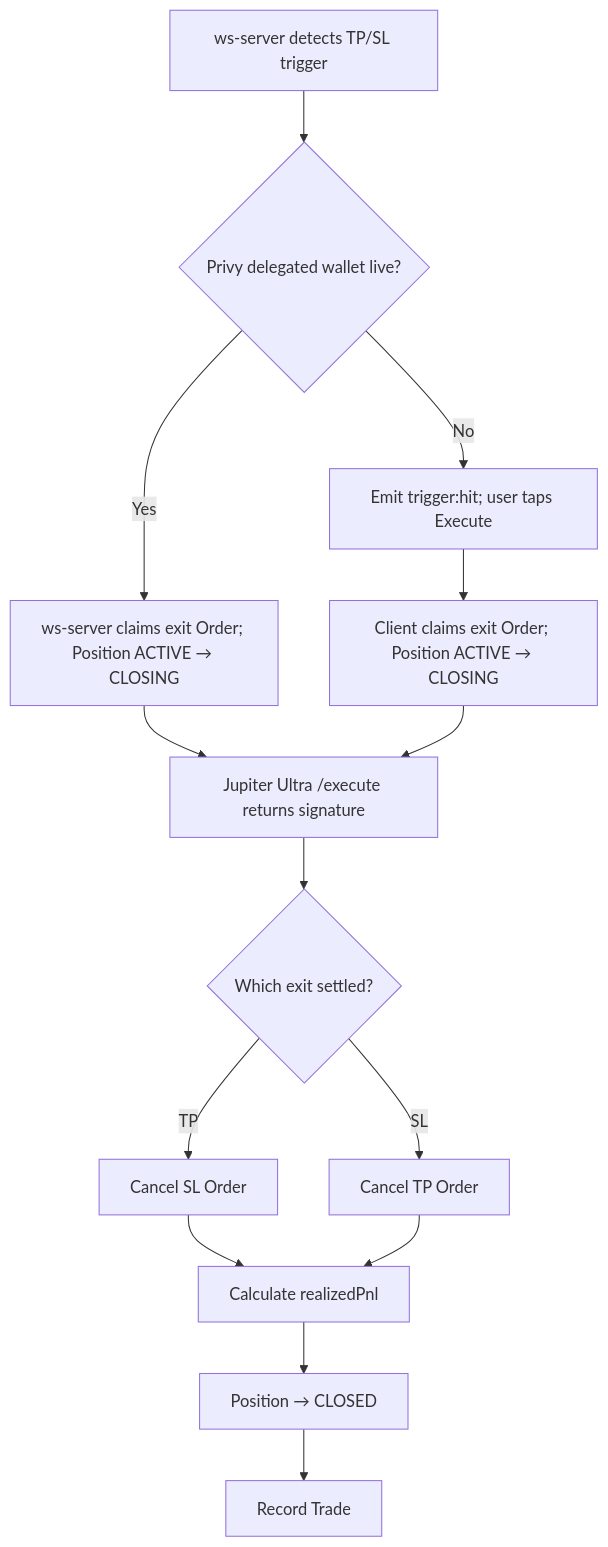
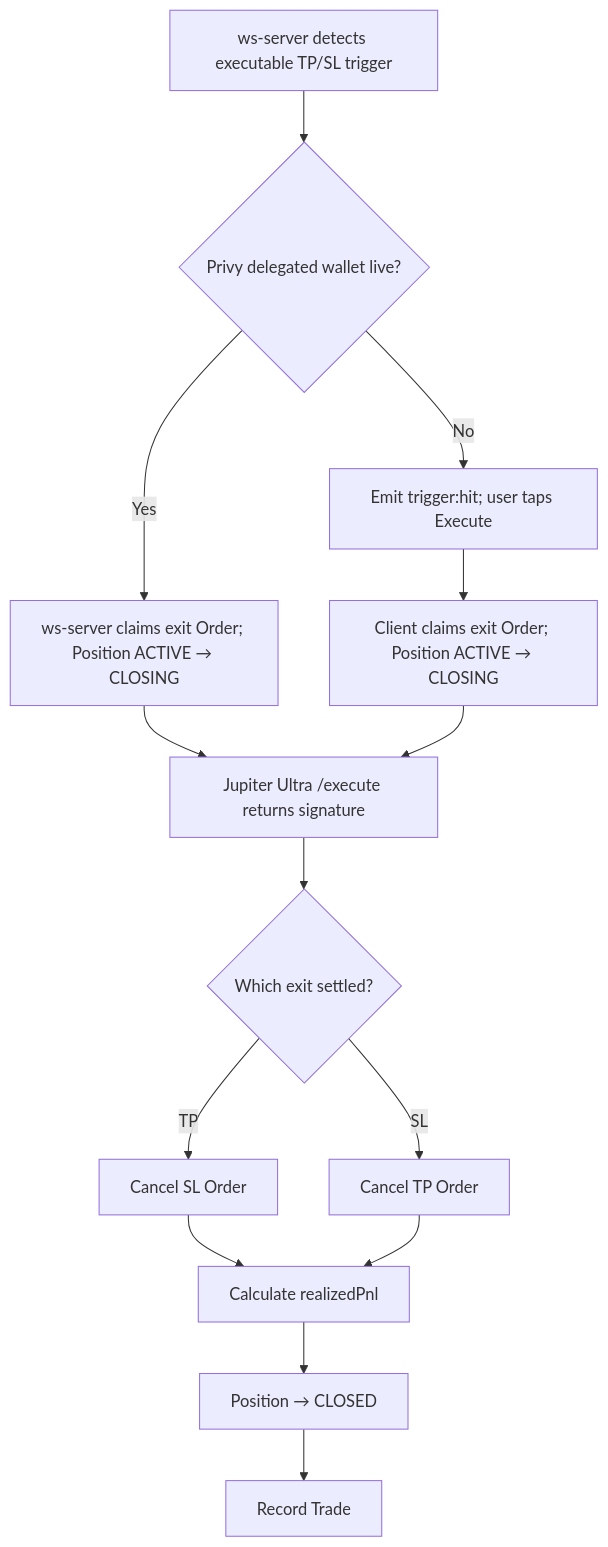
Before and after one commit to Omnis-Labs/tickr-ai: the fourth of 7 diagrams in docs/screens-and-flows.md, drawn with Mermaid. The commit also changed other lines of this file and 9 other files, not shown here.

Commit message:
Document executable trigger semantics

````diff
--- a/docs/screens-and-flows.md
+++ b/docs/screens-and-flows.md
@@ -470,16 +470,16 @@
 ```mermaid
 flowchart TD
-    A[ws-server detects TP/SL trigger] --> B{Privy delegated wallet live?}
+    A[ws-server detects executable TP/SL trigger] --> B{Privy delegated wallet live?}
     B -- Yes --> C[ws-server claims exit Order; Position ACTIVE → CLOSING]
     B -- No --> D[Emit trigger:hit; user taps Execute]
     D --> E[Client claims exit Order; Position ACTIVE → CLOSING]
     C --> F[Jupiter Ultra /execute returns signature]
     E --> F
     F --> G{Which exit settled?}
     G -- TP --> H[Cancel SL Order]
     G -- SL --> I[Cancel TP Order]
     H --> J[Calculate realizedPnl]
     I --> J
     J --> K[Position → CLOSED]
     K --> L[Record Trade]
 ```
````
